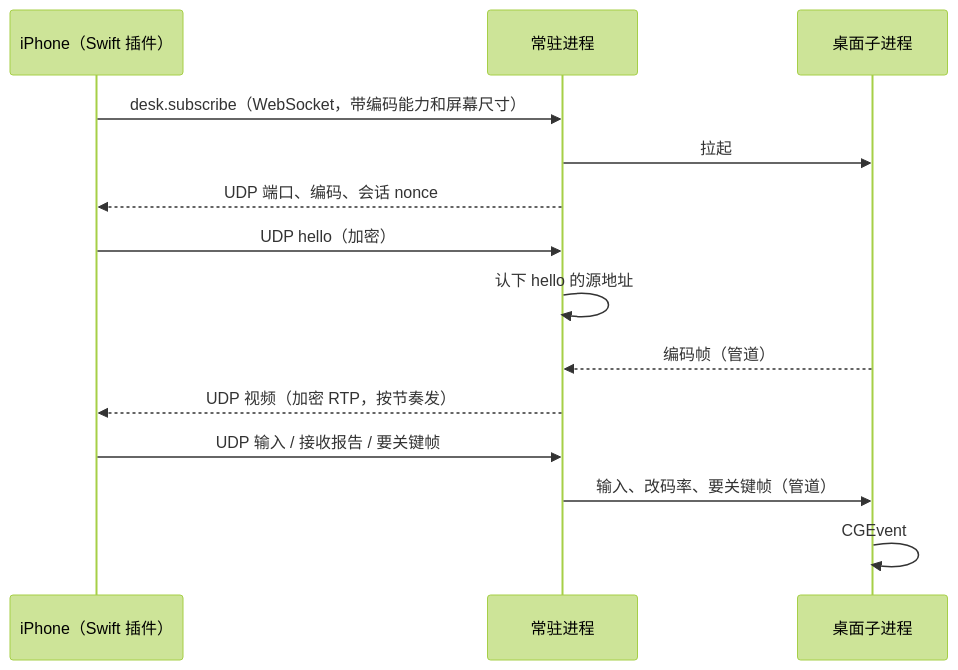
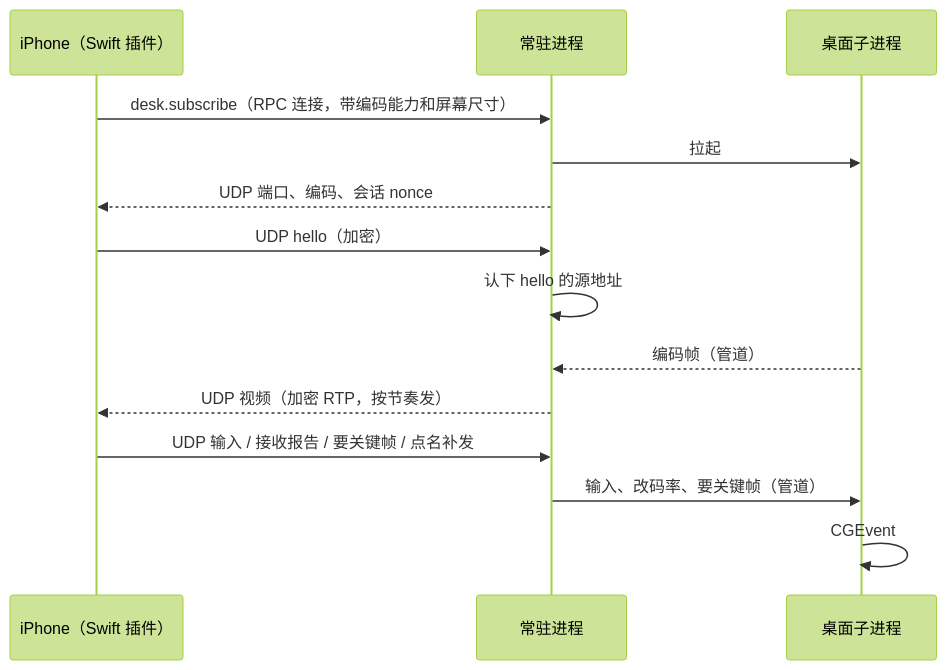
One commit to syanbo/posse changed the diagram in docs/plans/phone-desktop.md. Above: the diagram before and after it, drawn with Mermaid (forest theme). The commit also changed other lines of this file and 24 other files, not shown here.

````diff
--- a/docs/plans/phone-desktop.md
+++ b/docs/plans/phone-desktop.md
@@ -60,16 +31,16 @@
 ```mermaid
 sequenceDiagram
   participant P as iPhone（Swift 插件）
   participant D as 常驻进程
   participant H as 桌面子进程
-  P->>D: desk.subscribe（WebSocket，带编码能力和屏幕尺寸）
+  P->>D: desk.subscribe（RPC 连接，带编码能力和屏幕尺寸）
   D->>H: 拉起
   D-->>P: UDP 端口、编码、会话 nonce
   P->>D: UDP hello（加密）
   D->>D: 认下 hello 的源地址
   H-->>D: 编码帧（管道）
   D-->>P: UDP 视频（加密 RTP，按节奏发）
-  P->>D: UDP 输入 / 接收报告 / 要关键帧
+  P->>D: UDP 输入 / 接收报告 / 要关键帧 / 点名补发
   D->>H: 输入、改码率、要关键帧（管道）
   H->>H: CGEvent
 ```
````
